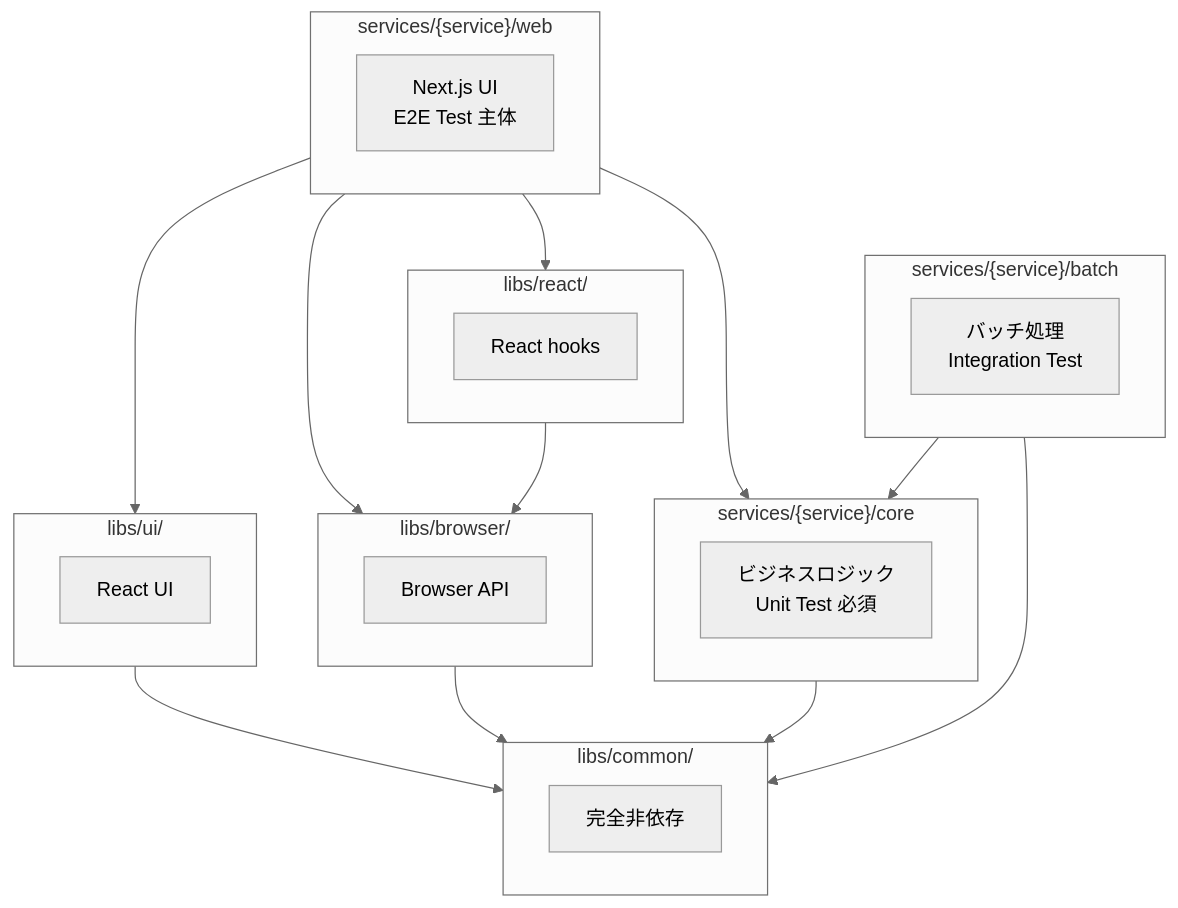
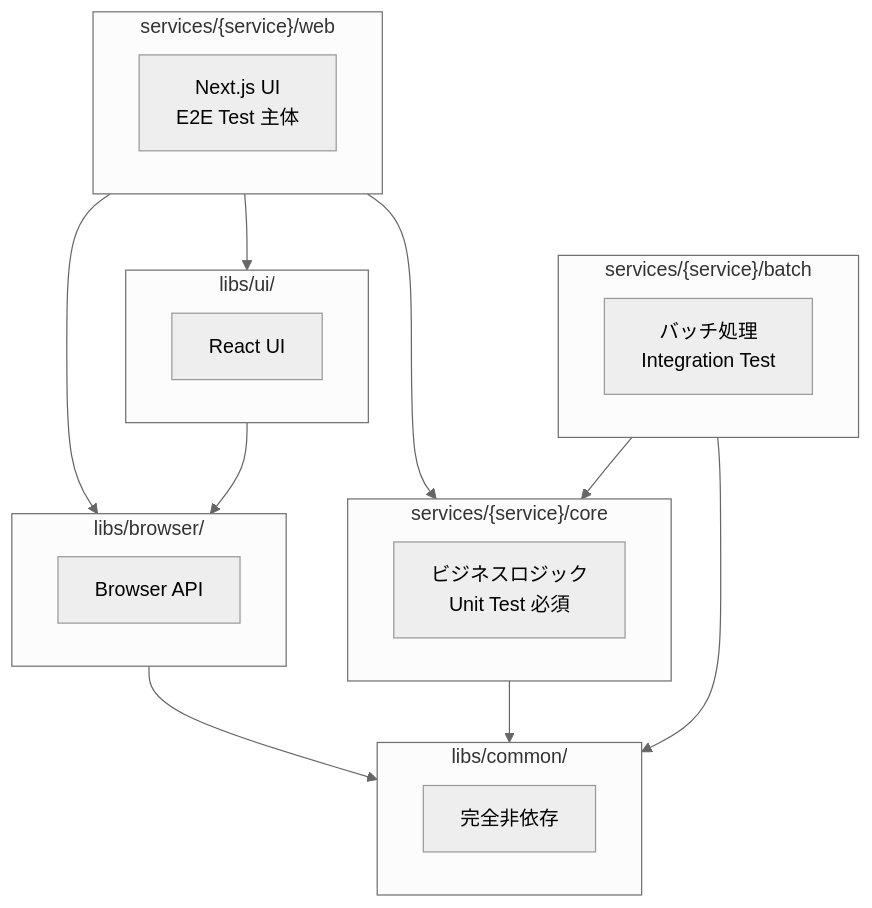
Before and after one commit to nagiyu/nagiyu-platform: the diagram in docs/development/monorepo-structure.md, drawn with Mermaid (neutral theme). The commit also changed other lines of this file, not shown here.

````diff
--- a/docs/development/monorepo-structure.md
+++ b/docs/development/monorepo-structure.md
@@ -118,42 +118,36 @@
 ```mermaid
 flowchart TB
     subgraph web["services/{service}/web"]
         web_label["Next.js UI<br/>E2E Test 主体"]
     end
 
     subgraph core["services/{service}/core"]
         core_label["ビジネスロジック<br/>Unit Test 必須"]
     end
 
     subgraph ui["libs/ui/"]
         ui_label["React UI"]
     end
 
-    subgraph react["libs/react/"]
-        react_label["React hooks"]
-    end
-
     subgraph browser["libs/browser/"]
         browser_label["Browser API"]
     end
 
     subgraph common["libs/common/"]
         common_label["完全非依存"]
     end
 
     web --> core
     web --> ui
-    web --> react
     web --> browser
-    ui --> common
-    react --> browser
+    ui --> browser
     browser --> common
     core --> common
 
     subgraph batch["services/{service}/batch"]
         batch_label["バッチ処理<br/>Integration Test"]
     end
 
     batch --> core
     batch --> common
 ```
````
